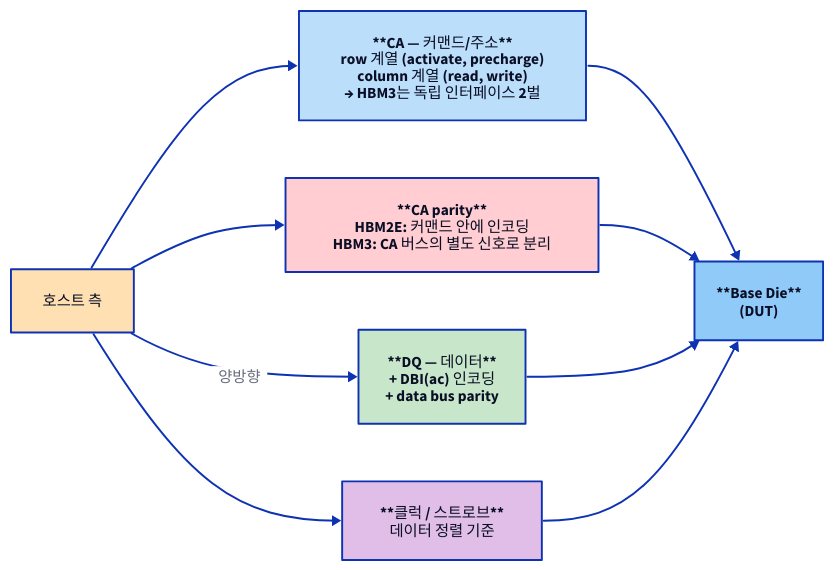
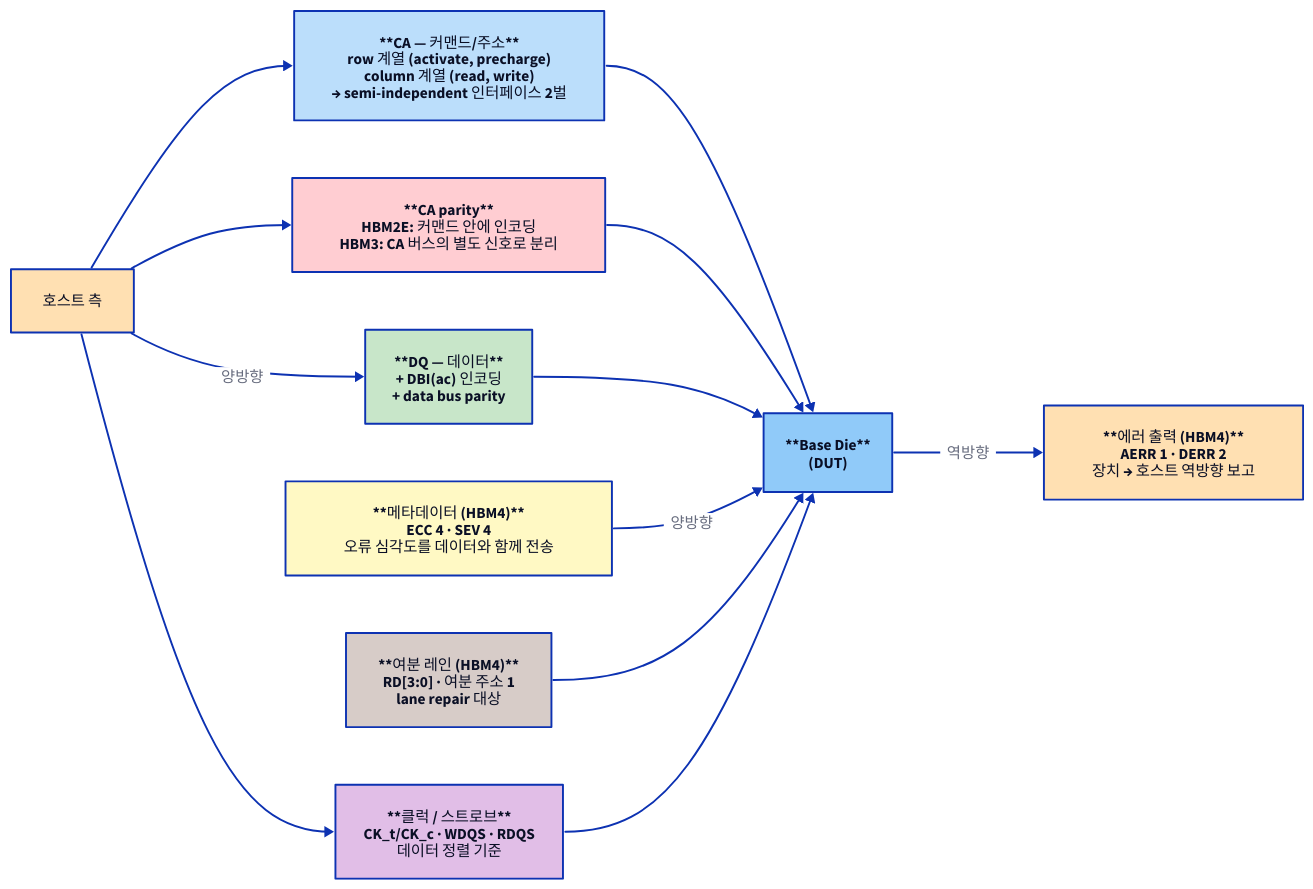
The diagram in starlight_site/src/content/docs/hbm/05_interface_protocol.md (humbleowl39/DV_SKOOL), drawn with D2 before and after one commit. The commit also changed other lines of this file and 12 other files, not shown here.

````diff
--- a/starlight_site/src/content/docs/hbm/05_interface_protocol.md
+++ b/starlight_site/src/content/docs/hbm/05_interface_protocol.md
@@ -73,30 +73,39 @@
 ```d2
 direction: right
 
 HOST: "호스트 측" { style.fill: "#ffe0b2"; style.font-color: "#0A0F25" }
 
-CA: "**CA — 커맨드/주소**\nrow 계열 (activate, precharge)\ncolumn 계열 (read, write)\n→ HBM3는 독립 인터페이스 2벌" {
+CA: "**CA — 커맨드/주소**\nrow 계열 (activate, precharge)\ncolumn 계열 (read, write)\n→ semi-independent 인터페이스 2벌" {
   style.fill: "#bbdefb"
   style.font-color: "#0A0F25"
 }
 
 CAP: "**CA parity**\nHBM2E: 커맨드 안에 인코딩\nHBM3: CA 버스의 별도 신호로 분리" {
   style.fill: "#ffcdd2"
   style.font-color: "#0A0F25"
 }
 
 DQ: "**DQ — 데이터**\n+ DBI(ac) 인코딩\n+ data bus parity" {
   style.fill: "#c8e6c9"
   style.font-color: "#0A0F25"
 }
 
-CLK: "**클럭 / 스트로브**\n데이터 정렬 기준" { style.fill: "#e1bee7"; style.font-color: "#0A0F25" }
+CLK: "**클럭 / 스트로브**\nCK_t/CK_c · WDQS · RDQS\n데이터 정렬 기준" { style.fill: "#e1bee7"; style.font-color: "#0A0F25" }
+
+META: "**메타데이터 (HBM4)**\nECC 4 · SEV 4\n오류 심각도를 데이터와 함께 전송" { style.fill: "#fff9c4"; style.font-color: "#0A0F25" }
+
+ERR: "**에러 출력 (HBM4)**\nAERR 1 · DERR 2\n장치 → 호스트 역방향 보고" { style.fill: "#ffe0b2"; style.font-color: "#0A0F25" }
+
+RED: "**여분 레인 (HBM4)**\nRD[3:0] · 여분 주소 1\nlane repair 대상" { style.fill: "#d7ccc8"; style.font-color: "#0A0F25" }
 
 BASE: "**Base Die**\n(DUT)" { style.fill: "#90caf9"; style.font-color: "#0A0F25" }
 
 HOST -> CA -> BASE
 HOST -> CAP -> BASE
 HOST -> DQ: "양방향"
 DQ -> BASE
+META -> BASE: "양방향"
+BASE -> ERR: "역방향"
+RED -> BASE
 HOST -> CLK -> BASE
 ```
````
